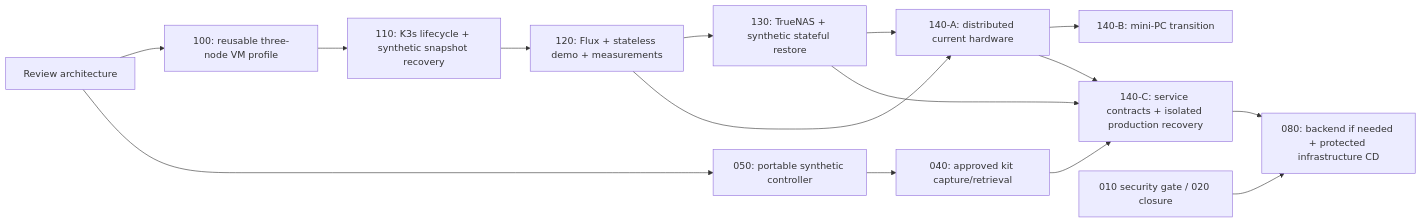
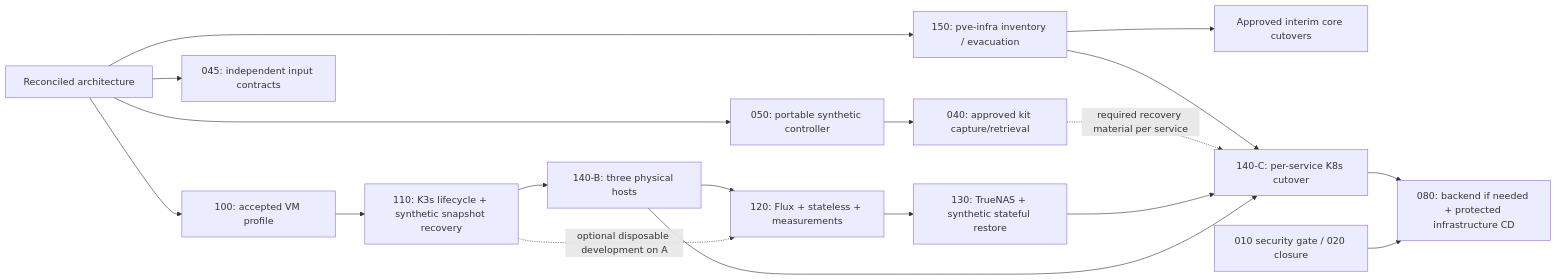
The diagram in docs/roadmap.md (doku-code/homelab-iac), drawn with Mermaid before and after one commit. The commit also changed other lines of this file and 17 other files, not shown here.

Commit message:
docs(architecture): reconcile inputs and physical target

````diff
--- a/docs/roadmap.md
+++ b/docs/roadmap.md
@@ -34,17 +35,20 @@
 ```mermaid
 flowchart LR
-  R[Review architecture] --> V[100: reusable three-node VM profile]
+  R[Reconciled architecture] --> V[100: accepted VM profile]
+  R --> E[045: independent input contracts]
   V --> K[110: K3s lifecycle + synthetic snapshot recovery]
-  K --> G[120: Flux + stateless demo + measurements]
+  K --> C[140-B: three physical hosts]
+  C --> G[120: Flux + stateless + measurements]
+  K -. optional disposable development on A .-> G
   G --> S[130: TrueNAS + synthetic stateful restore]
-  G --> B[140-A: distributed current hardware]
-  S --> B
-  B --> C[140-B: mini-PC transition]
+  R --> I[150: pve-infra inventory / evacuation]
+  I --> M[Approved interim core cutovers]
+  I --> D[140-C: per-service K8s cutover]
   R --> P[050: portable synthetic controller]
   P --> Q[040: approved kit capture/retrieval]
-  Q --> D[140-C: service contracts + isolated production recovery]
+  Q -. required recovery material per service .-> D
   S --> D
-  B --> D
+  C --> D
   D --> F[080: backend if needed + protected infrastructure CD]
   T[010 security gate / 020 closure] --> F
 ```
````
